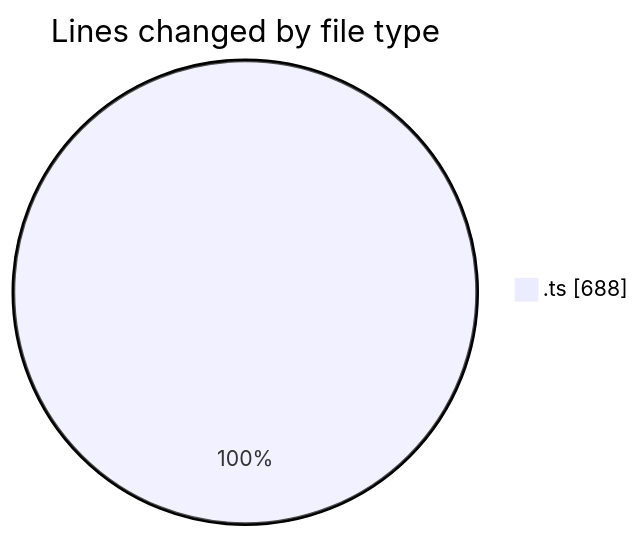
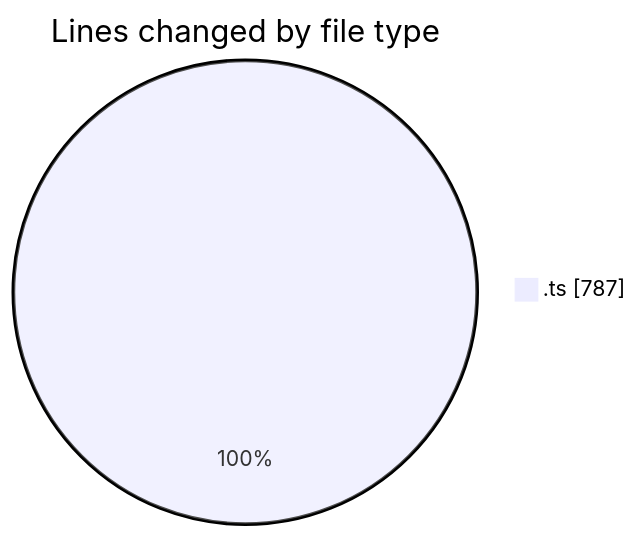
One commit to tmsrecording-cyber/code-tracking changed the first of 2 diagrams in 2026-02-04/singularitybrainai/README.md. Above: the diagram before and after it, drawn with Mermaid. The commit also changed other lines of this file and 1 other file, not shown here.

````diff
--- a/2026-02-04/singularitybrainai/README.md
+++ b/2026-02-04/singularitybrainai/README.md
@@ -20,5 +21,5 @@
 ```mermaid
 pie showData
 title Lines changed by file type
-".ts" : 688
+".ts" : 787
 ```
````
